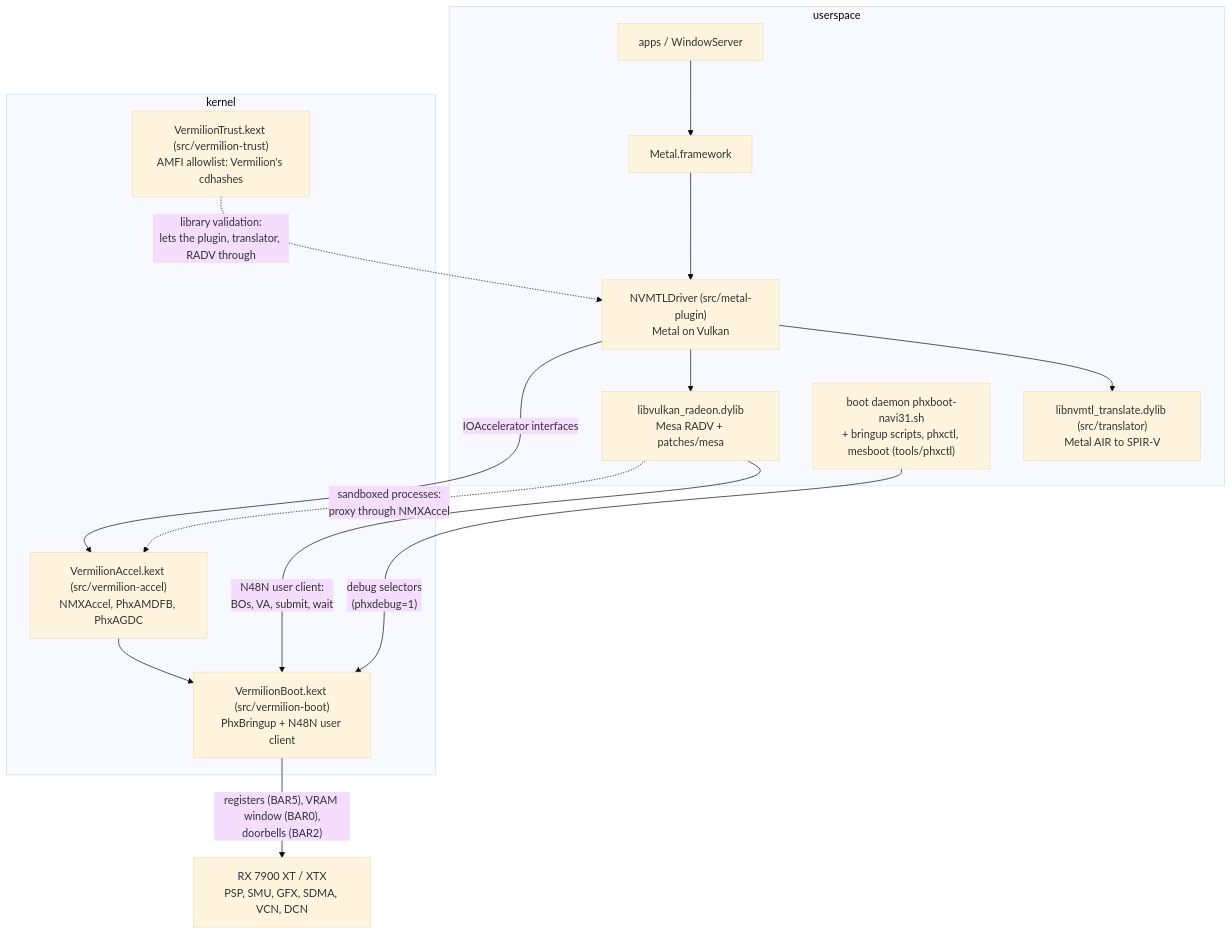
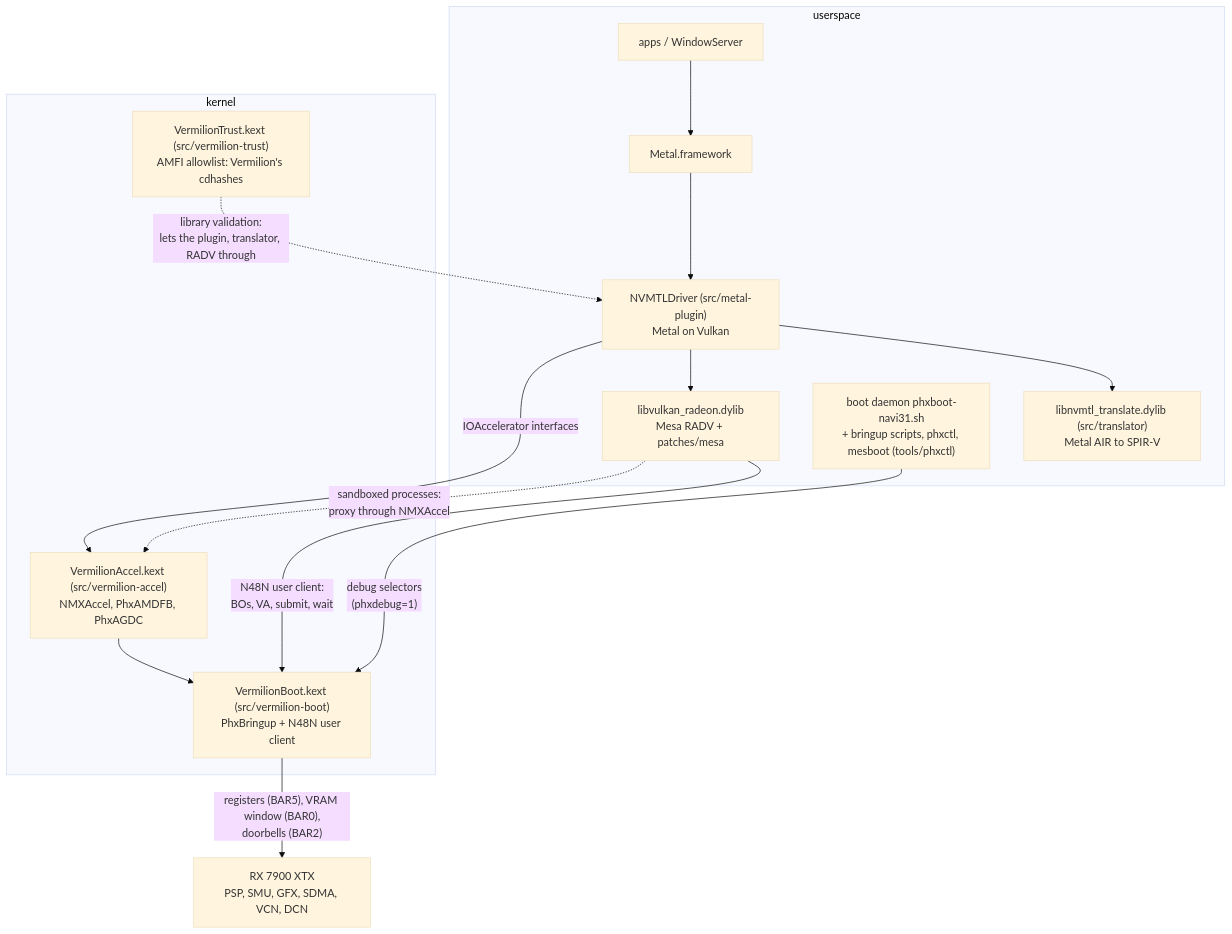
The first of 2 diagrams in docs/ARCHITECTURE.md (ownback/vermilion), drawn with Mermaid (base theme) before and after one commit. The commit also changed other lines of this file and 9 other files, not shown here.

````diff
--- a/docs/ARCHITECTURE.md
+++ b/docs/ARCHITECTURE.md
@@ -24,23 +24,23 @@
 ```mermaid
 flowchart TB
   subgraph User["userspace"]
     APP["apps / WindowServer"] --> MTL["Metal.framework"]
     MTL --> PLG["NVMTLDriver (src/metal-plugin)<br/>Metal on Vulkan"]
     PLG --> TR["libnvmtl_translate.dylib (src/translator)<br/>Metal AIR to SPIR-V"]
     PLG --> RADV["libvulkan_radeon.dylib<br/>Mesa RADV + patches/mesa"]
     DAEMON["boot daemon phxboot-navi31.sh<br/>+ bringup scripts, phxctl, mesboot (tools/phxctl)"]
   end
   subgraph Kernel["kernel"]
     ACC["VermilionAccel.kext (src/vermilion-accel)<br/>NMXAccel, PhxAMDFB, PhxAGDC"]
     BOOT["VermilionBoot.kext (src/vermilion-boot)<br/>PhxBringup + N48N user client"]
     TRUST["VermilionTrust.kext (src/vermilion-trust)<br/>AMFI allowlist: Vermilion's cdhashes"]
   end
-  GPU["RX 7900 XT / XTX<br/>PSP, SMU, GFX, SDMA, VCN, DCN"]
+  GPU["RX 7900 XTX<br/>PSP, SMU, GFX, SDMA, VCN, DCN"]
   RADV -- "N48N user client:<br/>BOs, VA, submit, wait" --> BOOT
   RADV -. "sandboxed processes:<br/>proxy through NMXAccel" .-> ACC
   PLG -- "IOAccelerator interfaces" --> ACC
   DAEMON -- "debug selectors<br/>(phxdebug=1)" --> BOOT
   ACC --> BOOT
   TRUST -. "library validation:<br/>lets the plugin, translator, RADV through" .-> PLG
   BOOT -- "registers (BAR5), VRAM window (BAR0),<br/>doorbells (BAR2)" --> GPU
 ```
````
